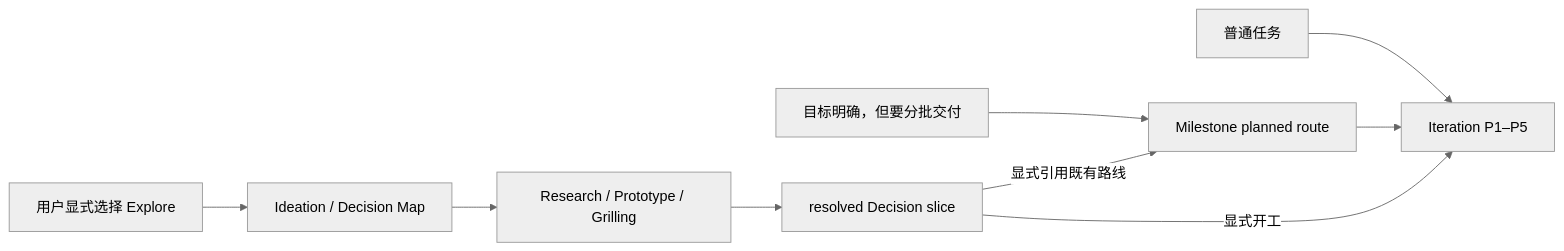
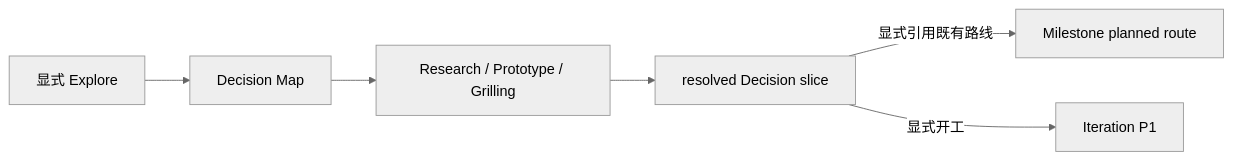
Before and after one commit to hidetodong/butler: the fourth of 4 diagrams in README.md, drawn with Mermaid (neutral theme). The commit also changed other lines of this file and 1 other file, not shown here.

````diff
--- a/README.md
+++ b/README.md
@@ -149,11 +251,8 @@
 ```mermaid
 flowchart LR
-    A["普通任务"] --> I["Iteration P1–P5"]
-    B["目标明确，但要分批交付"] --> M["Milestone planned route"]
-    M --> I
-    C["用户显式选择 Explore"] --> E["Ideation / Decision Map"]
-    E --> W["Research / Prototype / Grilling"]
-    W --> D["resolved Decision slice"]
-    D -->|"显式引用既有路线"| M
-    D -->|"显式开工"| I
+    E["显式 Explore"] --> D["Decision Map"]
+    D --> W["Research / Prototype / Grilling"]
+    W --> R["resolved Decision slice"]
+    R -->|"显式引用既有路线"| M["Milestone planned route"]
+    R -->|"显式开工"| I["Iteration P1"]
 ```
````
